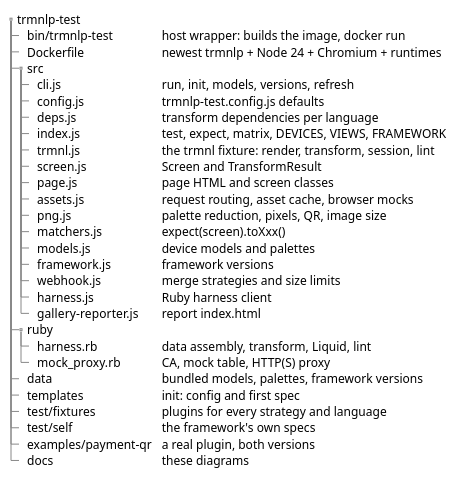
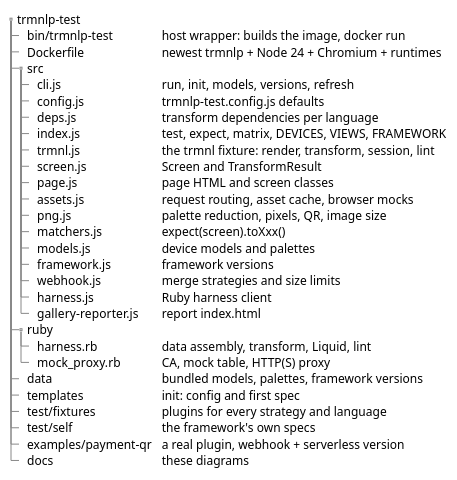
Before and after one commit to ExcuseMi/trmnlp-test: the diagram in docs/structure.puml, drawn with PlantUML. The commit also changed 35 other files, not shown here.

```diff
--- a/docs/structure.puml
+++ b/docs/structure.puml
@@ -1,34 +1,34 @@
 @startsalt structure
 {
 {T
 + trmnlp-test
 ++ bin/trmnlp-test | host wrapper: builds the image, docker run
 ++ Dockerfile | newest trmnlp + Node 24 + Chromium + runtimes
 ++ src
 +++ cli.js | run, init, models, versions, refresh
 +++ config.js | trmnlp-test.config.js defaults
 +++ deps.js | transform dependencies per language
 +++ index.js | test, expect, matrix, DEVICES, VIEWS, FRAMEWORK
 +++ trmnl.js | the trmnl fixture: render, transform, session, lint
 +++ screen.js | Screen and TransformResult
 +++ page.js | page HTML and screen classes
 +++ assets.js | request routing, asset cache, browser mocks
 +++ png.js | palette reduction, pixels, QR, image size
 +++ matchers.js | expect(screen).toXxx()
 +++ models.js | device models and palettes
 +++ framework.js | framework versions
 +++ webhook.js | merge strategies and size limits
 +++ harness.js | Ruby harness client
 +++ gallery-reporter.js | report index.html
 ++ ruby
 +++ harness.rb | data assembly, transform, Liquid, lint
 +++ mock_proxy.rb | CA, mock table, HTTP(S) proxy
 ++ data | bundled models, palettes, framework versions
 ++ templates | init: config and first spec
 ++ test/fixtures | plugins for every strategy and language
 ++ test/self | the framework's own specs
-++ examples/payment-qr | a real plugin, both versions
+++ examples/payment-qr | a real plugin, webhook + serverless version
 ++ docs | these diagrams
 }
 }
 @endsalt
```
